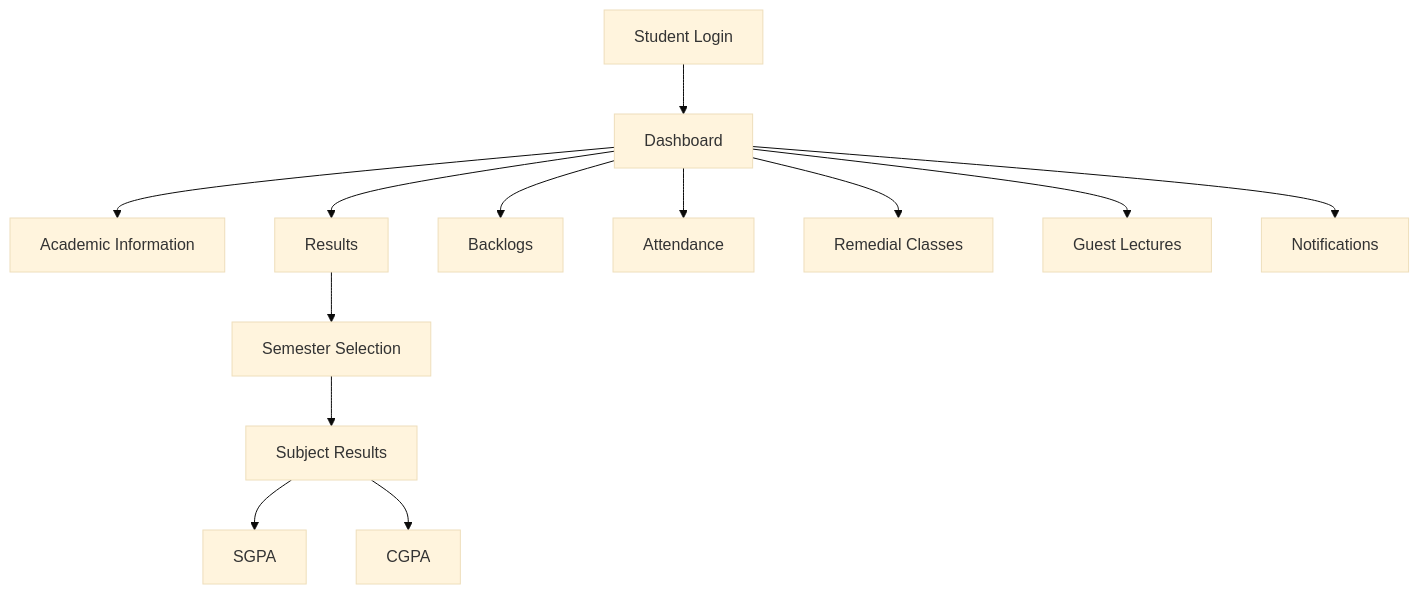
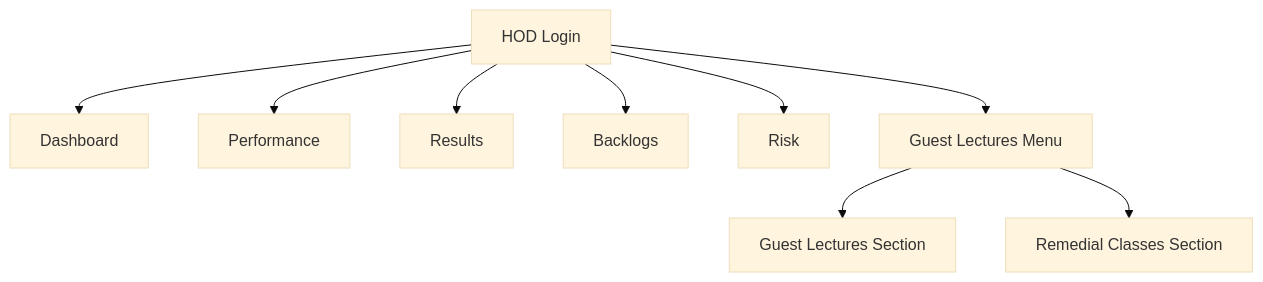
The sixth of 11 diagrams in README.md (Ravi4348/Student-Academic-Management-System), drawn with Mermaid (base theme) before and after one commit. The commit also changed other lines of this file and 46 other files, not shown here.

````diff
--- a/README.md
+++ b/README.md
@@ -182,29 +205,21 @@
 ```mermaid
 flowchart TD
-    StudentLogin["Student Login"]
+    HODLogin["HOD Login"]
     Dashboard["Dashboard"]
-    AcadInfo["Academic Information"]
+    Performance["Performance"]
     Results["Results"]
-    SemSelection["Semester Selection"]
-    SubjectResults["Subject Results"]
-    SGPA["SGPA"]
-    CGPA["CGPA"]
     Backlogs["Backlogs"]
-    Attendance["Attendance"]
-    RemedialClasses["Remedial Classes"]
-    GuestLectures["Guest Lectures"]
-    Notifications["Notifications"]
+    Risk["Risk"]
+    GuestLecturesNav["Guest Lectures Menu"]
+    GuestLectures["Guest Lectures Section"]
+    RemedialClasses["Remedial Classes Section"]
 
-    StudentLogin --> Dashboard
-    Dashboard --> AcadInfo
-    Dashboard --> Results
-    Results --> SemSelection
-    SemSelection --> SubjectResults
-    SubjectResults --> SGPA
-    SubjectResults --> CGPA
-    Dashboard --> Backlogs
-    Dashboard --> Attendance
-    Dashboard --> RemedialClasses
-    Dashboard --> GuestLectures
-    Dashboard --> Notifications
+    HODLogin --> Dashboard
+    HODLogin --> Performance
+    HODLogin --> Results
+    HODLogin --> Backlogs
+    HODLogin --> Risk
+    HODLogin --> GuestLecturesNav
+    GuestLecturesNav --> GuestLectures
+    GuestLecturesNav --> RemedialClasses
 ```
````
